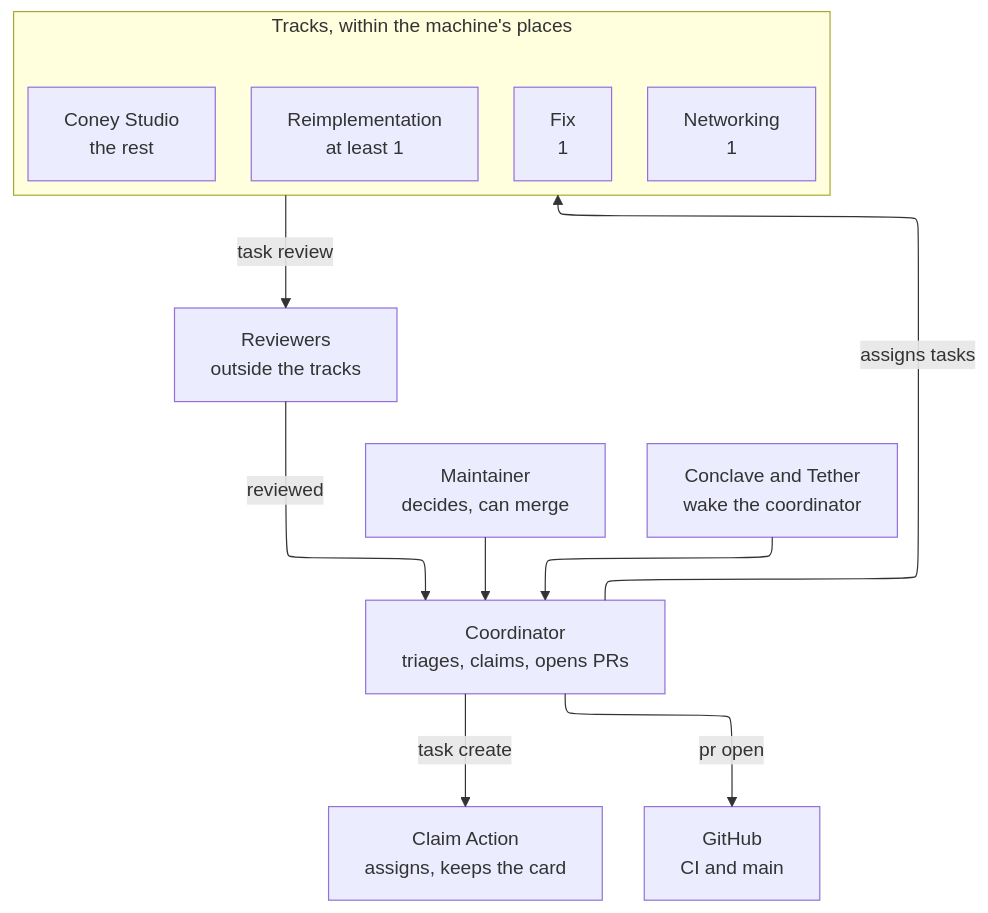
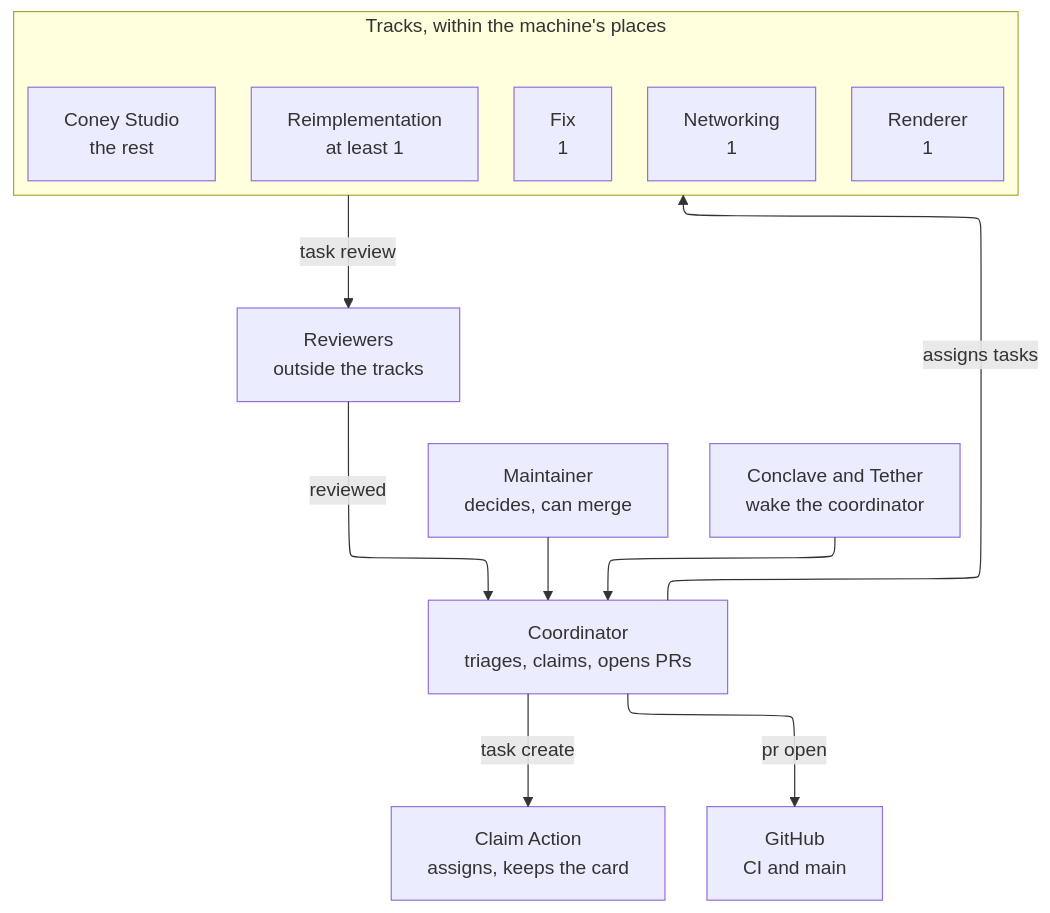
Before and after one commit to Ryubara/coney: the second of 3 diagrams in docs/guides/how-we-work.md, drawn with Mermaid. The commit also changed other lines of this file and 28 other files, not shown here.

````diff
--- a/docs/guides/how-we-work.md
+++ b/docs/guides/how-we-work.md
@@ -167,26 +167,27 @@
 ```mermaid
 ---
 config:
   layout: elk
 ---
 flowchart TB
   maint["Maintainer<br/>decides, can merge"]
   wake["Conclave and Tether<br/>wake the coordinator"]
   coord["Coordinator<br/>triages, claims, opens PRs"]
   action["Claim Action<br/>assigns, keeps the card"]
   subgraph slots ["Tracks, within the machine's places"]
     tasks["Reimplementation<br/>at least 1"]
     fix["Fix<br/>1"]
     studio["Coney Studio<br/>the rest"]
     net["Networking<br/>1"]
+    render["Renderer<br/>1"]
   end
   rev["Reviewers<br/>outside the tracks"]
   gh["GitHub<br/>CI and main"]
   maint --> coord
   wake --> coord
   coord -- "task create" --> action
   coord -- "assigns tasks" --> slots
   slots -- "task review" --> rev
   rev -- "reviewed" --> coord
   coord -- "pr open" --> gh
 ```
````
